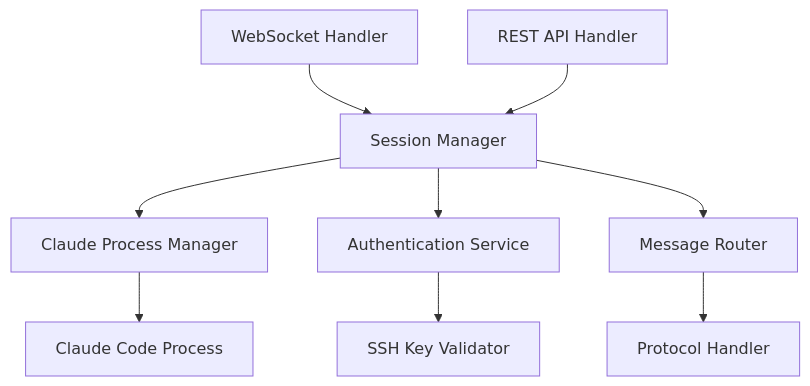
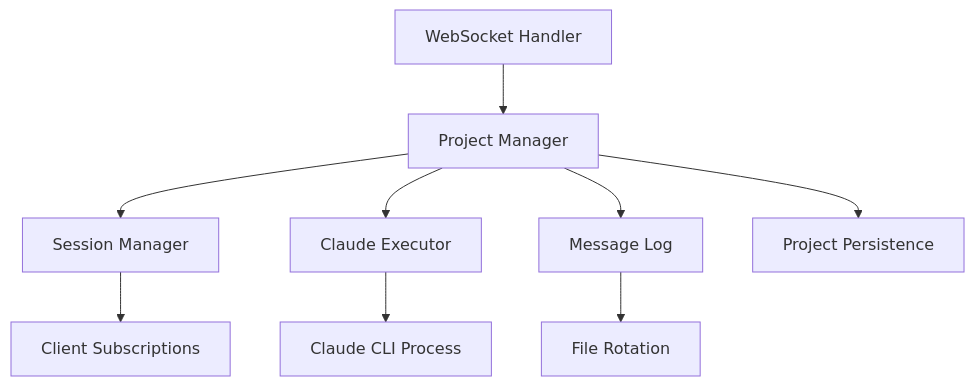
The diagram in documentation/modules/server/architecture.md (bebsworthy/pocket_agent), drawn with Mermaid before and after one commit. The commit also changed other lines of this file and 50 other files, not shown here.

````diff
--- a/documentation/modules/server/architecture.md
+++ b/documentation/modules/server/architecture.md
@@ -89,11 +89,11 @@
 ```mermaid
 graph TD
-    A[WebSocket Handler] --> B[Session Manager]
-    C[REST API Handler] --> B
-    B --> D[Claude Process Manager]
-    B --> E[Authentication Service]
-    E --> F[SSH Key Validator]
-    D --> G[Claude Code Process]
-    B --> H[Message Router]
-    H --> I[Protocol Handler]
+    A[WebSocket Handler] --> B[Project Manager]
+    B --> C[Session Manager]
+    B --> D[Claude Executor]
+    D --> E[Claude CLI Process]
+    B --> F[Message Log]
+    F --> G[File Rotation]
+    C --> H[Client Subscriptions]
+    B --> I[Project Persistence]
 ```
````
